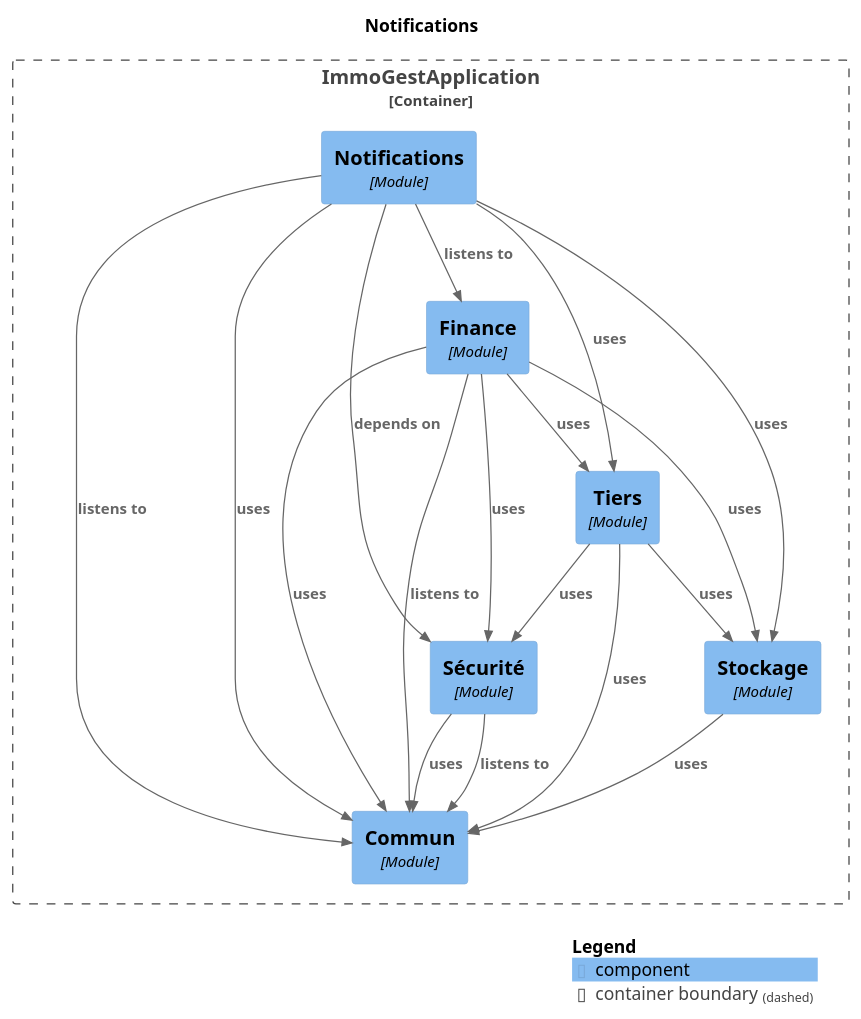
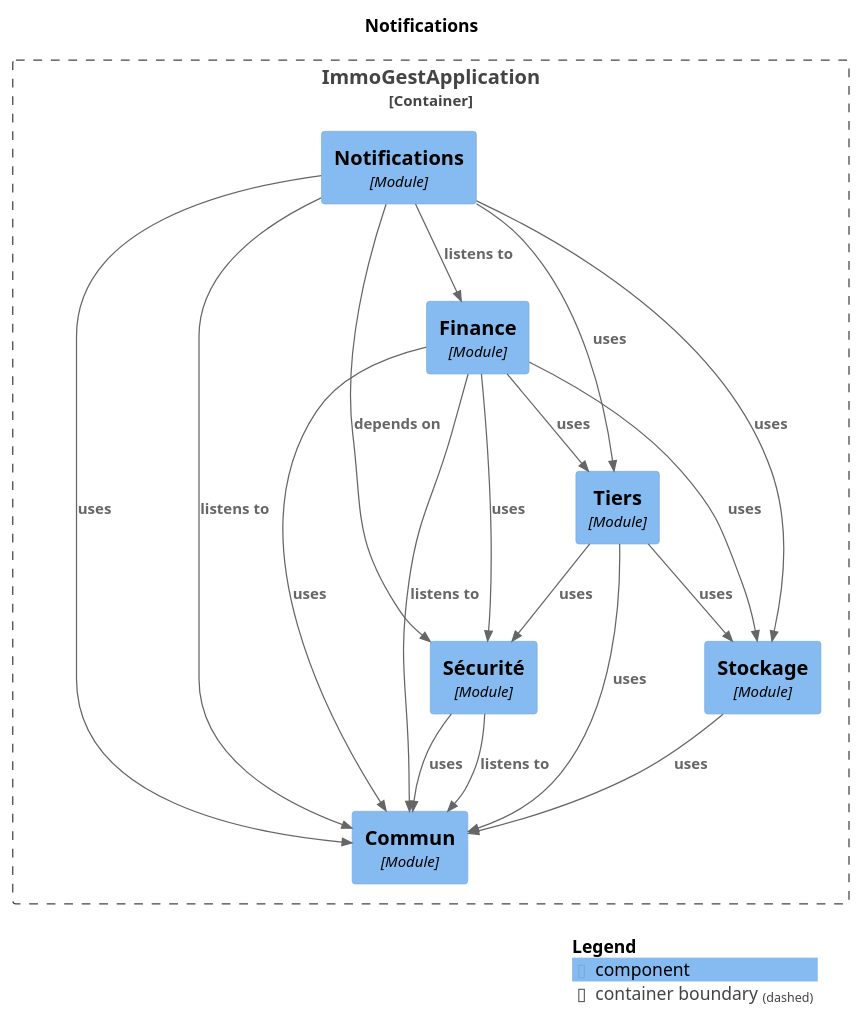
One commit to fixedevelloper/csimmo changed the diagram in docs/modules/module-notification.puml. Above: the diagram before and after it, drawn with PlantUML. The commit also changed other lines of this file and 68 other files, not shown here.

```diff
--- a/docs/modules/module-notification.puml
+++ b/docs/modules/module-notification.puml
@@ -1,39 +1,39 @@
 @startuml
 set separator none
 title Notifications
 
 top to bottom direction
 
 !include <C4/C4>
 !include <C4/C4_Context>
 !include <C4/C4_Component>
 
 Container_Boundary("ImmoGestApplication.ImmoGestApplication_boundary", "ImmoGestApplication", $tags="") {
   Component(ImmoGestApplication.ImmoGestApplication.Finance, "Finance", $techn="Module", $descr="", $tags="", $link="")
   Component(ImmoGestApplication.ImmoGestApplication.Notifications, "Notifications", $techn="Module", $descr="", $tags="", $link="")
   Component(ImmoGestApplication.ImmoGestApplication.Commun, "Commun", $techn="Module", $descr="", $tags="", $link="")
   Component(ImmoGestApplication.ImmoGestApplication.Sécurité, "Sécurité", $techn="Module", $descr="", $tags="", $link="")
   Component(ImmoGestApplication.ImmoGestApplication.Stockage, "Stockage", $techn="Module", $descr="", $tags="", $link="")
   Component(ImmoGestApplication.ImmoGestApplication.Tiers, "Tiers", $techn="Module", $descr="", $tags="", $link="")
 }
 
+Rel(ImmoGestApplication.ImmoGestApplication.Notifications, ImmoGestApplication.ImmoGestApplication.Commun, "uses", $techn="", $tags="", $link="")
 Rel(ImmoGestApplication.ImmoGestApplication.Finance, ImmoGestApplication.ImmoGestApplication.Commun, "listens to", $techn="", $tags="", $link="")
 Rel(ImmoGestApplication.ImmoGestApplication.Finance, ImmoGestApplication.ImmoGestApplication.Commun, "uses", $techn="", $tags="", $link="")
 Rel(ImmoGestApplication.ImmoGestApplication.Finance, ImmoGestApplication.ImmoGestApplication.Tiers, "uses", $techn="", $tags="", $link="")
 Rel(ImmoGestApplication.ImmoGestApplication.Finance, ImmoGestApplication.ImmoGestApplication.Stockage, "uses", $techn="", $tags="", $link="")
 Rel(ImmoGestApplication.ImmoGestApplication.Finance, ImmoGestApplication.ImmoGestApplication.Sécurité, "uses", $techn="", $tags="", $link="")
+Rel(ImmoGestApplication.ImmoGestApplication.Sécurité, ImmoGestApplication.ImmoGestApplication.Commun, "listens to", $techn="", $tags="", $link="")
+Rel(ImmoGestApplication.ImmoGestApplication.Sécurité, ImmoGestApplication.ImmoGestApplication.Commun, "uses", $techn="", $tags="", $link="")
 Rel(ImmoGestApplication.ImmoGestApplication.Tiers, ImmoGestApplication.ImmoGestApplication.Stockage, "uses", $techn="", $tags="", $link="")
 Rel(ImmoGestApplication.ImmoGestApplication.Tiers, ImmoGestApplication.ImmoGestApplication.Commun, "uses", $techn="", $tags="", $link="")
 Rel(ImmoGestApplication.ImmoGestApplication.Tiers, ImmoGestApplication.ImmoGestApplication.Sécurité, "uses", $techn="", $tags="", $link="")
+Rel(ImmoGestApplication.ImmoGestApplication.Stockage, ImmoGestApplication.ImmoGestApplication.Commun, "uses", $techn="", $tags="", $link="")
 Rel(ImmoGestApplication.ImmoGestApplication.Notifications, ImmoGestApplication.ImmoGestApplication.Commun, "listens to", $techn="", $tags="", $link="")
 Rel(ImmoGestApplication.ImmoGestApplication.Notifications, ImmoGestApplication.ImmoGestApplication.Finance, "listens to", $techn="", $tags="", $link="")
 Rel(ImmoGestApplication.ImmoGestApplication.Notifications, ImmoGestApplication.ImmoGestApplication.Sécurité, "depends on", $techn="", $tags="", $link="")
 Rel(ImmoGestApplication.ImmoGestApplication.Notifications, ImmoGestApplication.ImmoGestApplication.Stockage, "uses", $techn="", $tags="", $link="")
 Rel(ImmoGestApplication.ImmoGestApplication.Notifications, ImmoGestApplication.ImmoGestApplication.Tiers, "uses", $techn="", $tags="", $link="")
-Rel(ImmoGestApplication.ImmoGestApplication.Notifications, ImmoGestApplication.ImmoGestApplication.Commun, "uses", $techn="", $tags="", $link="")
-Rel(ImmoGestApplication.ImmoGestApplication.Sécurité, ImmoGestApplication.ImmoGestApplication.Commun, "listens to", $techn="", $tags="", $link="")
-Rel(ImmoGestApplication.ImmoGestApplication.Sécurité, ImmoGestApplication.ImmoGestApplication.Commun, "uses", $techn="", $tags="", $link="")
-Rel(ImmoGestApplication.ImmoGestApplication.Stockage, ImmoGestApplication.ImmoGestApplication.Commun, "uses", $techn="", $tags="", $link="")
 
 SHOW_LEGEND(true)
 @enduml
```
